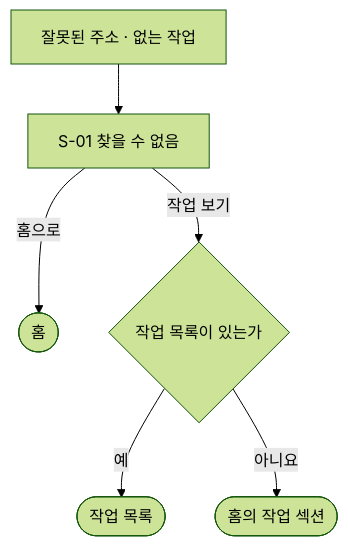
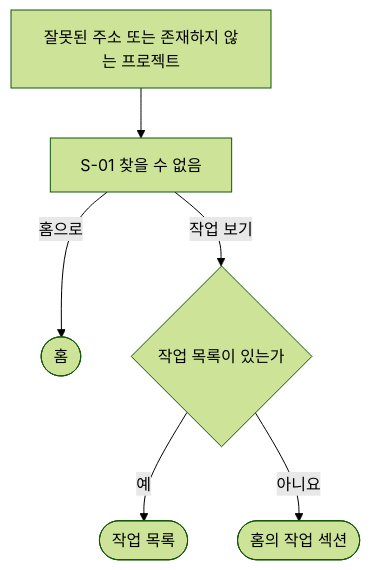
The diagram in docs/plan/not-found/userflow.md (GUNIZZI/portfolio), drawn with Mermaid (forest theme) before and after one commit. The commit also changed other lines of this file and 24 other files, not shown here.

````diff
--- a/docs/plan/not-found/userflow.md
+++ b/docs/plan/not-found/userflow.md
@@ -7,8 +7,8 @@
 ```mermaid
 flowchart TD
-    BAD["잘못된 주소 · 없는 작업"]:::warn --> NF["S-01 찾을 수 없음"]:::screen
+    BAD["잘못된 주소 또는 존재하지 않는 프로젝트"]:::warn --> NF["S-01 찾을 수 없음"]:::screen
     NF -->|"홈으로"| HOME(["홈"]):::done
     NF -->|"작업 보기"| WORK{"작업 목록이 있는가"}:::decision
     WORK -->|"예"| WL(["작업 목록"]):::done
     WORK -->|"아니요"| HP(["홈의 작업 섹션"]):::done
 ```
````
